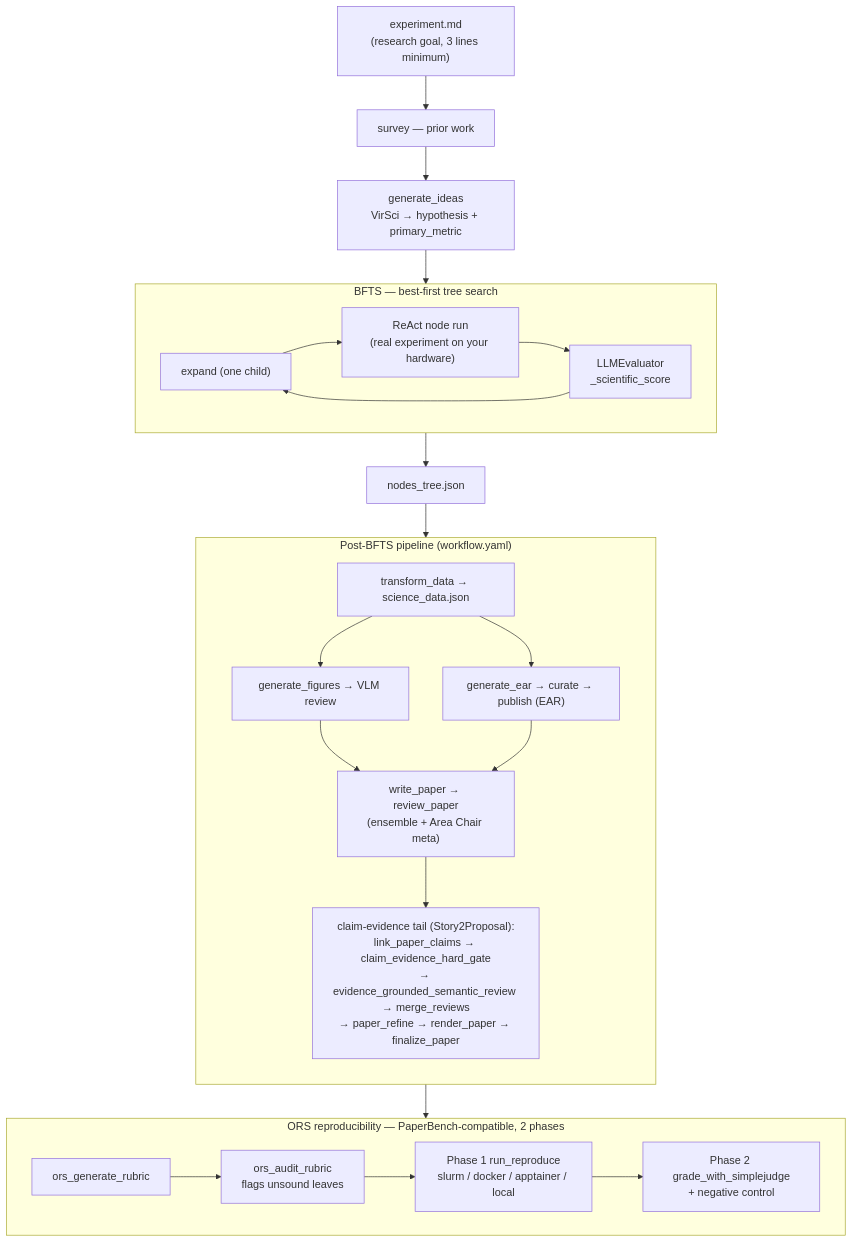
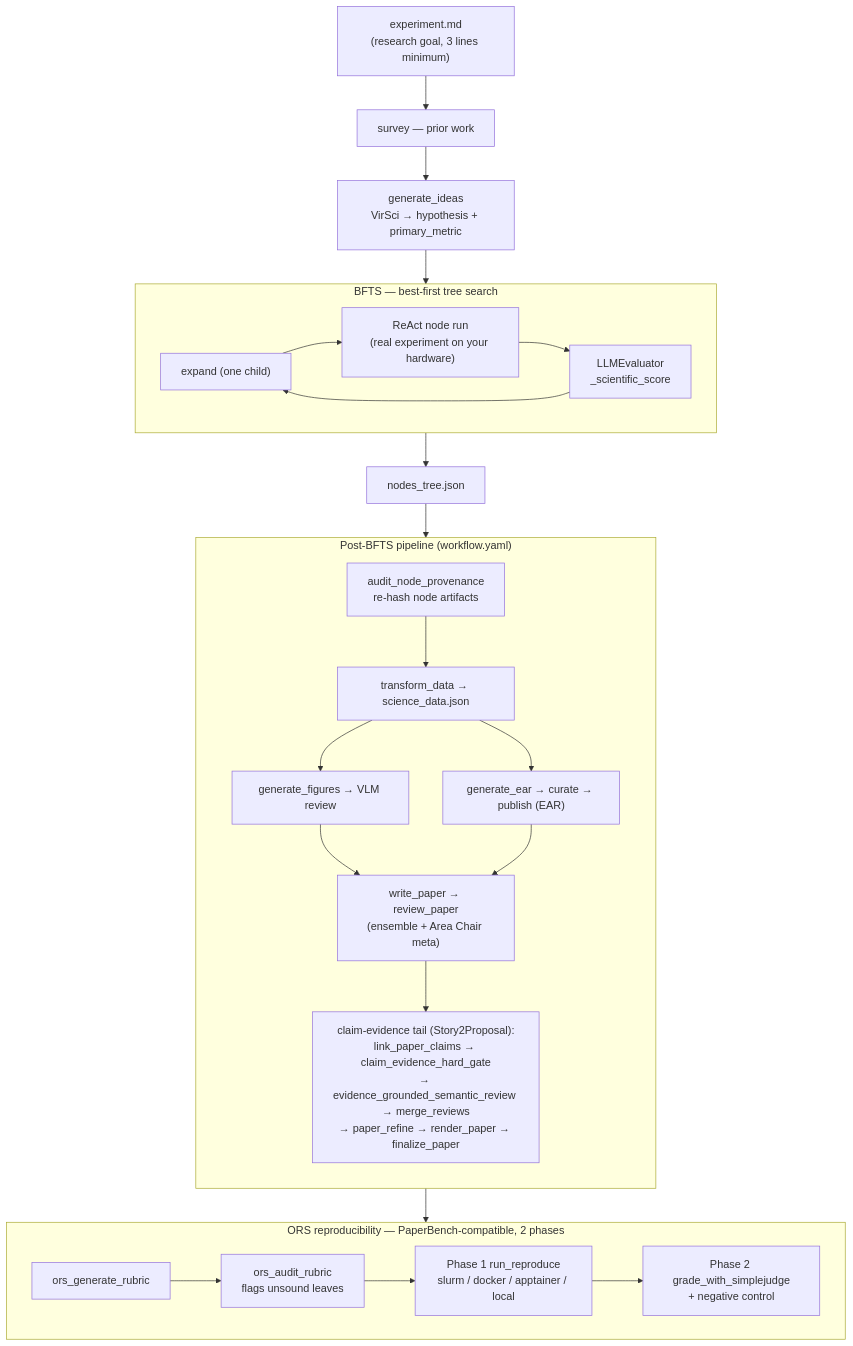
Before and after one commit to kotama7/ARI: the diagram in docs/concepts/architecture.md, drawn with Mermaid. The commit also changed other lines of this file and 381 other files, not shown here.

````diff
--- a/docs/concepts/architecture.md
+++ b/docs/concepts/architecture.md
@@ -64,41 +64,43 @@
 ```mermaid
 flowchart TB
     exp["experiment.md<br/>(research goal, 3 lines minimum)"]
     exp --> survey["survey — prior work"]
     survey --> ideas["generate_ideas<br/>VirSci → hypothesis + primary_metric"]
     ideas --> bfts
 
     subgraph bfts["BFTS — best-first tree search"]
         direction LR
         expand["expand (one child)"] --> run["ReAct node run<br/>(real experiment on your hardware)"]
         run --> eval["LLMEvaluator<br/>_scientific_score"]
         eval --> expand
     end
 
     bfts --> tree["nodes_tree.json"]
 
     subgraph post["Post-BFTS pipeline (workflow.yaml)"]
         direction TB
+        provenance["audit_node_provenance<br/>re-hash node artifacts"]
         transform["transform_data → science_data.json"]
         figures["generate_figures → VLM review"]
         paper["write_paper → review_paper<br/>(ensemble + Area Chair meta)"]
         claimtail["claim-evidence tail (Story2Proposal):<br/>link_paper_claims → claim_evidence_hard_gate<br/>→ evidence_grounded_semantic_review → merge_reviews<br/>→ paper_refine → render_paper → finalize_paper"]
         ear["generate_ear → curate → publish (EAR)"]
+        provenance --> transform
         transform --> figures
         transform --> ear
         figures --> paper
         ear --> paper
         paper --> claimtail
     end
 
     tree --> post
 
     subgraph ors["ORS reproducibility — PaperBench-compatible, 2 phases"]
         direction LR
         rubric["ors_generate_rubric"] --> audit["ors_audit_rubric<br/>flags unsound leaves"]
         audit --> p1["Phase 1 run_reproduce<br/>slurm / docker / apptainer / local"]
         p1 --> p2["Phase 2 grade_with_simplejudge<br/>+ negative control"]
     end
 
     post --> ors
 ```
````
